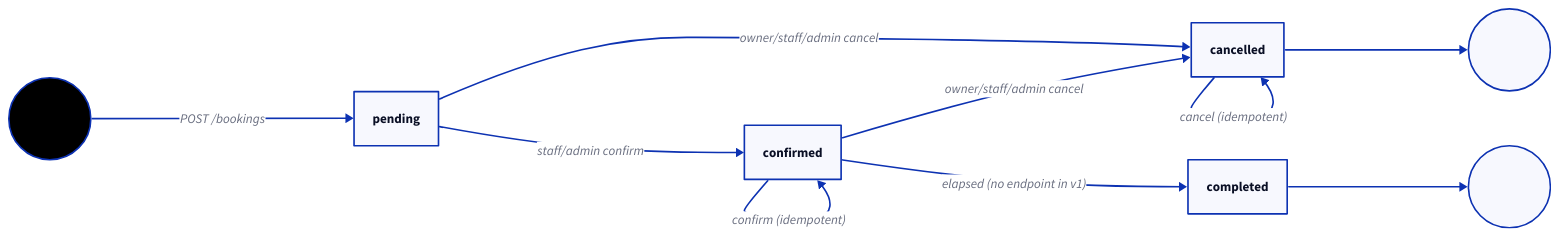
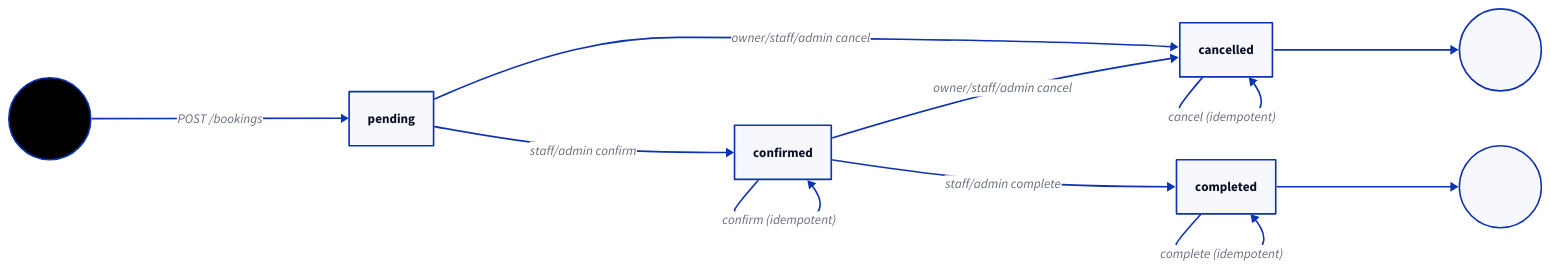
The diagram in docs/diagrams/booking-state.d2 (alaa157/API-lab), drawn with D2 before and after one commit. The commit also changed 22 other files, not shown here.

```diff
--- a/docs/diagrams/booking-state.d2
+++ b/docs/diagrams/booking-state.d2
@@ -1,29 +1,30 @@
 direction: right
 
 start: {
   shape: circle
   label: ""
   style.fill: black
 }
 pending: "pending"
 confirmed: "confirmed"
 cancelled: "cancelled"
 completed: "completed"
 end_cancelled: {
   shape: circle
   label: ""
 }
 end_completed: {
   shape: circle
   label: ""
 }
 
 start -> pending: POST /bookings
 pending -> confirmed: staff/admin confirm
 pending -> cancelled: owner/staff/admin cancel
 confirmed -> cancelled: owner/staff/admin cancel
-confirmed -> completed: elapsed (no endpoint in v1)
+confirmed -> completed: staff/admin complete
 confirmed -> confirmed: confirm (idempotent)
+completed -> completed: complete (idempotent)
 cancelled -> cancelled: cancel (idempotent)
 cancelled -> end_cancelled
 completed -> end_completed
```
